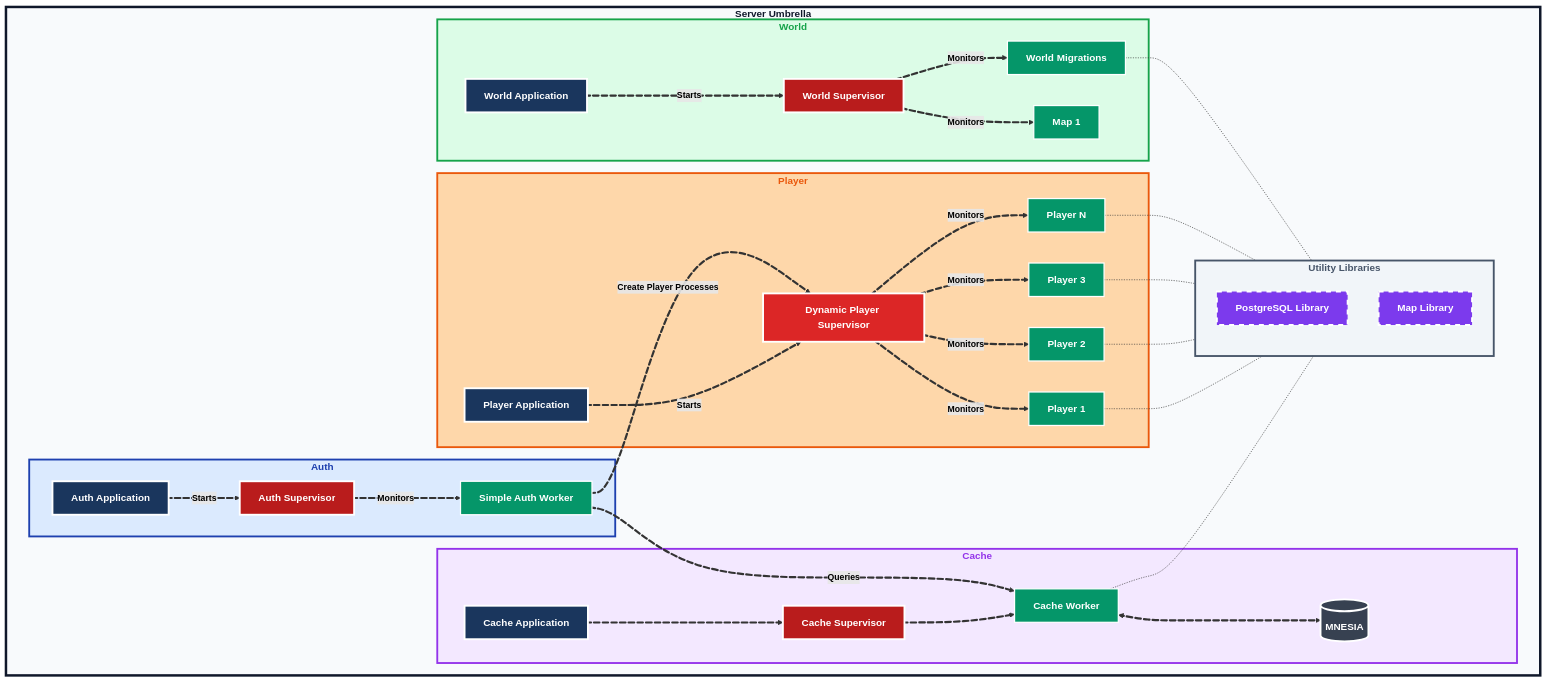
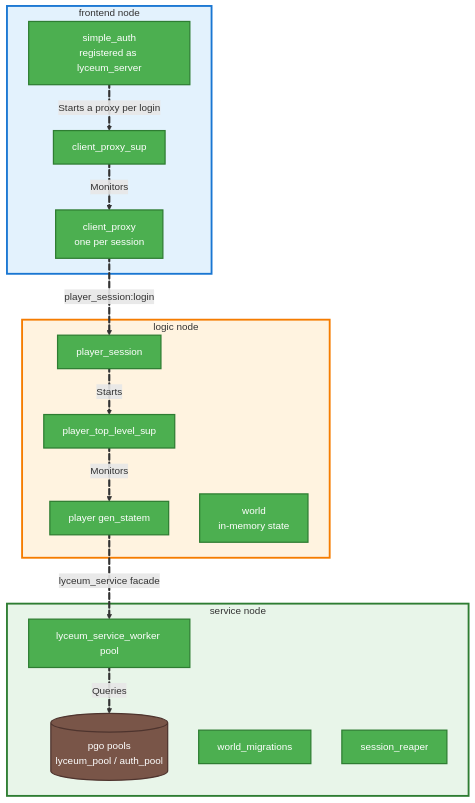
The first of 2 diagrams in server/README.md (Dr-Nekoma/lyceum), drawn with Mermaid before and after one commit. The commit also changed other lines of this file and 85 other files, not shown here.

Commit message:
refactor: break the server into a multi-node Erlang/OTP application, which is still a single release (#178)

````diff
--- a/server/README.md
+++ b/server/README.md
@@ -13,111 +29,52 @@
 ```mermaid
 graph TD
-    subgraph Server[Server Umbrella]
-        subgraph "Auth"
-            AA[Auth Application]
-            AS[Auth Supervisor]
-            SAW[Simple Auth Worker]
-            AA aa_as@==>|Starts| AS
-            AS as_saw@==>|Monitors| SAW
+    subgraph Frontend["frontend node"]
+        SA[simple_auth<br/>registered as lyceum_server]
+        CPS[client_proxy_sup]
+        CP1[client_proxy<br/>one per session]
 
-            aa_as@{animation: slow}
-            as_saw@{animation: fast}
-        end
-        
-        subgraph "World"
-            WA[World Application]
-            WS[World Supervisor]
-            WM[World Migrations]
-            WM1[Map 1]
-            WA wa_ws@==>|Starts| WS
-            WS ws_wm@==>|Monitors| WM
-            WS ws_wm1@==>|Monitors| WM1
+        SA sa_cps@==>|Starts a proxy per login| CPS
+        CPS cps_cp@==>|Monitors| CP1
+        sa_cps@{animation: slow}
+        cps_cp@{animation: fast}
+    end
 
-            wa_ws@{animation: slow}
-            ws_wm@{animation: fast}
-            ws_wm1@{animation: fast}
-        end
+    subgraph Logic["logic node"]
+        PS[player_session]
+        PTS[player_top_level_sup]
+        P1[player gen_statem]
+        W[world<br/>in-memory state]
 
-        subgraph "Player"
-            PA[Player Application]
-            DPS[Dynamic Player Supervisor]
-            P1[Player 1]
-            P2[Player 2]
-            P3[Player 3]
-            PN[Player N]
-            PA pa_dps@==>|Starts| DPS
-            DPS dps_p1@==>|Monitors| P1
-            DPS dps_p2@==>|Monitors| P2
-            DPS dps_p3@==>|Monitors| P3
-            DPS dps_p4@==>|Monitors| PN
+        PS ps_pts@==>|Starts| PTS
+        PTS pts_p@==>|Monitors| P1
+        ps_pts@{animation: slow}
+        pts_p@{animation: fast}
+    end
 
-            pa_dps@{animation: slow}
-            dps_p1@{animation: fast}
-            dps_p2@{animation: fast}
-            dps_p3@{animation: fast}
-            dps_p4@{animation: fast}
-        end
+    subgraph Service["service node"]
+        LSW[lyceum_service_worker pool]
+        POOLS[(pgo pools<br/>lyceum_pool / auth_pool)]
+        WM[world_migrations]
+        SR[session_reaper]
 
-        subgraph "Cache"
-            CA[Cache Application]
-            CS[Cache Supervisor]
-            CW[Cache Worker]
-            MNESIA@{ shape: cyl }
-            CA ca_cs@==> CS
-            CS cs_cw@==> CW
-            CW cw_mnesia@<==> MNESIA
+        LSW lsw_pools@==>|Queries| POOLS
+        lsw_pools@{animation: fast}
+    end
 
-            ca_cs@{animation: slow}
-            cs_cw@{animation: fast}
-            cw_mnesia@{animation: fast}
-        end
-        
-        subgraph Libraries[Utility Libraries]
-            LPG[PostgreSQL Library]
-            LMAP[Map Library]
-        end
-    end
-    
-    %% Inter-application connections
-    SAW saw_dps@==>|Create Player Processes| DPS
-    SAW saw_cw@==>|Queries| CW
-    CW -.- Libraries
-    P1 & P2 & P3 & PN -.- Libraries
-    WM -.- Libraries
+    CP1 cp_ps@==>|player_session:login| PS
+    P1 p_lsw@==>|lyceum_service facade| LSW
+    cp_ps@{animation: fast}
+    p_lsw@{animation: fast}
 
-    saw_dps@{animation: fast}
-    saw_cw@{animation: fast}
-    
-    %% Node & Edges
-    classDef app fill:#1a365d,color:#ffffff,stroke:#ffffff,stroke-width:3px,font-weight:bold
-    classDef supervisor fill:#b91c1c,color:#ffffff,stroke:#ffffff,stroke-width:3px,font-weight:bold
-    classDef dynamicSup fill:#dc2626,color:#ffffff,stroke:#ffffff,stroke-width:3px,font-weight:bold
-    classDef process fill:#059669,color:#ffffff,stroke:#ffffff,stroke-width:2px,font-weight:bold
-    classDef library fill:#7c3aed,color:#ffffff,stroke:#ffffff,stroke-width:3px,stroke-dasharray: 8 8,font-weight:bold
-    classDef database fill:#374151,color:#ffffff,stroke:#ffffff,stroke-width:3px,font-weight:bold
+    classDef process fill:#4CAF50,color:#ffffff,stroke:#2E7D32,stroke-width:2px
+    classDef database fill:#795548,color:#ffffff,stroke:#4E342E,stroke-width:2px
+    classDef frontendBg fill:#E3F2FD,stroke:#1976D2,stroke-width:3px
+    classDef logicBg fill:#FFF3E0,stroke:#F57C00,stroke-width:3px
+    classDef serviceBg fill:#E8F5E9,stroke:#2E7D32,stroke-width:3px
 
-    classDef edgeLabel fill:#ffffff,color:#000000,stroke:#000000,stroke-width:2px,font-weight:bold,font-size:14px
-    
-    %% Subgraph Backgrounds
-    classDef authBg fill:#dbeafe,stroke:#1e40af,stroke-width:3px,color:#1e40af,font-weight:bold
-    classDef worldBg fill:#dcfce7,stroke:#16a34a,stroke-width:3px,color:#16a34a,font-weight:bold
-    classDef playerBg fill:#fed7aa,stroke:#ea580c,stroke-width:3px,color:#ea580c,font-weight:bold
-    classDef cacheBg fill:#f3e8ff,stroke:#9333ea,stroke-width:3px,color:#9333ea,font-weight:bold
-    classDef utilityBg fill:#f1f5f9,stroke:#475569,stroke-width:3px,color:#475569,font-weight:bold
-    classDef serverBg fill:#f8fafc,stroke:#0f172a,stroke-width:4px,color:#0f172a,font-weight:bold
-
-    %% Styling
-    class AA,WA,PA,CA app
-    class AS,WS,CS supervisor
-    class DPS dynamicSup
-    class CW,P1,P2,P3,PN,SAW,WM,WM1 process
-    class LPG,LMAP library
-    class MNESIA database
-    
-    class Auth authBg
-    class World worldBg
-    class Player playerBg
-    class Cache cacheBg
-    class Libraries utilityBg
-    class Server serverBg
+    class SA,CPS,CP1,PS,PTS,P1,W,LSW,WM,SR process
+    class POOLS database
+    class Frontend frontendBg
+    class Logic logicBg
+    class Service serviceBg
 ```
````
